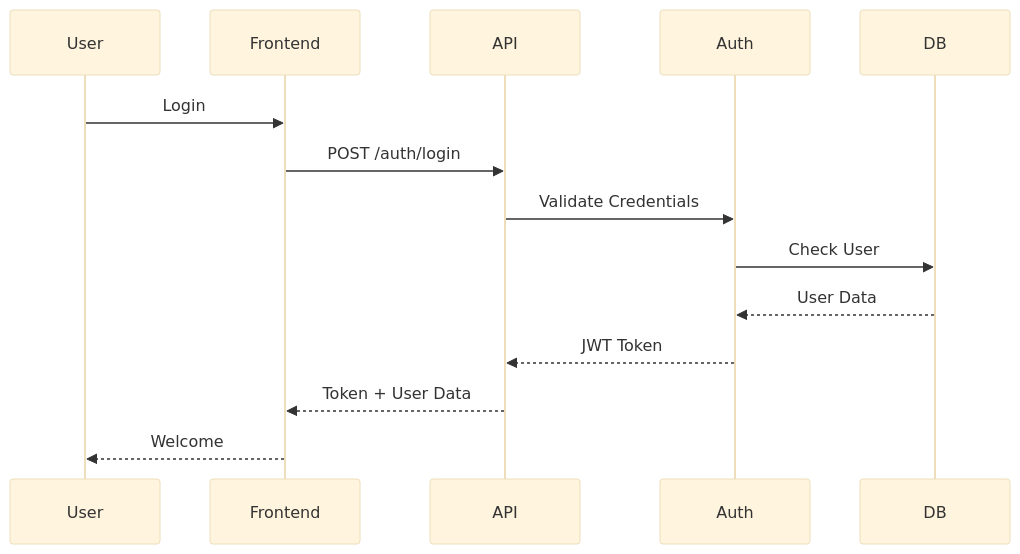
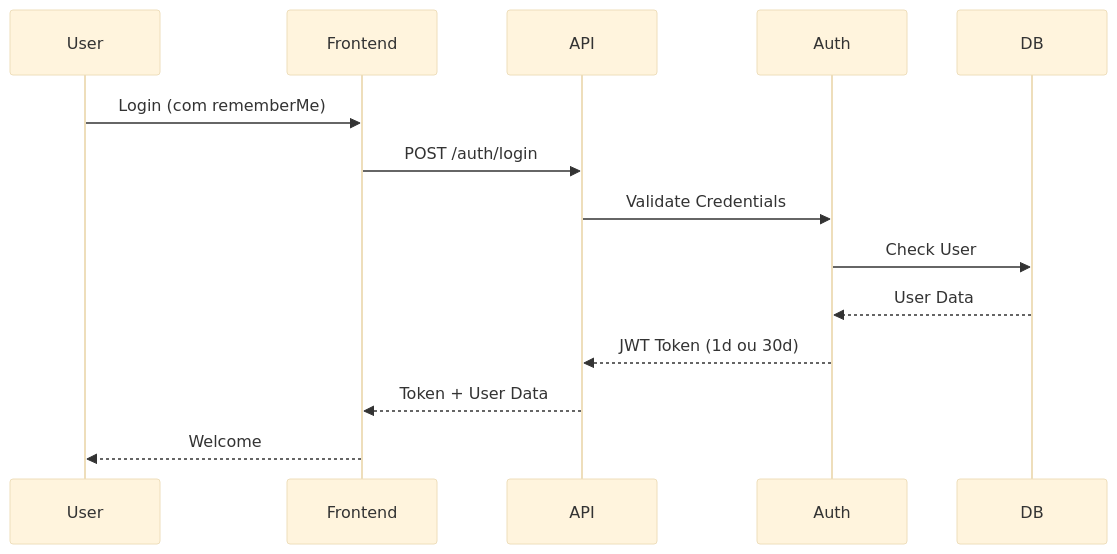
Before and after one commit to alessandroprudencio/ale-flix: the second of 4 diagrams in docs/architecture/README.md, drawn with Mermaid (base theme). The commit also changed other lines of this file and 4 other files, not shown here.

Commit message:
docs: update README and environment documentation to reflect new features, including "remember me" functionality, enhanced API endpoints, and improved project structure with detailed environment variable setup

````diff
--- a/docs/architecture/README.md
+++ b/docs/architecture/README.md
@@ -85,17 +98,17 @@
 ```mermaid
 sequenceDiagram
     participant User
     participant Frontend
     participant API
     participant Auth
     participant DB
 
-    User->>Frontend: Login
+    User->>Frontend: Login (com rememberMe)
     Frontend->>API: POST /auth/login
     API->>Auth: Validate Credentials
     Auth->>DB: Check User
     DB-->>Auth: User Data
-    Auth-->>API: JWT Token
+    Auth-->>API: JWT Token (1d ou 30d)
     API-->>Frontend: Token + User Data
     Frontend-->>User: Welcome
 ```
````
